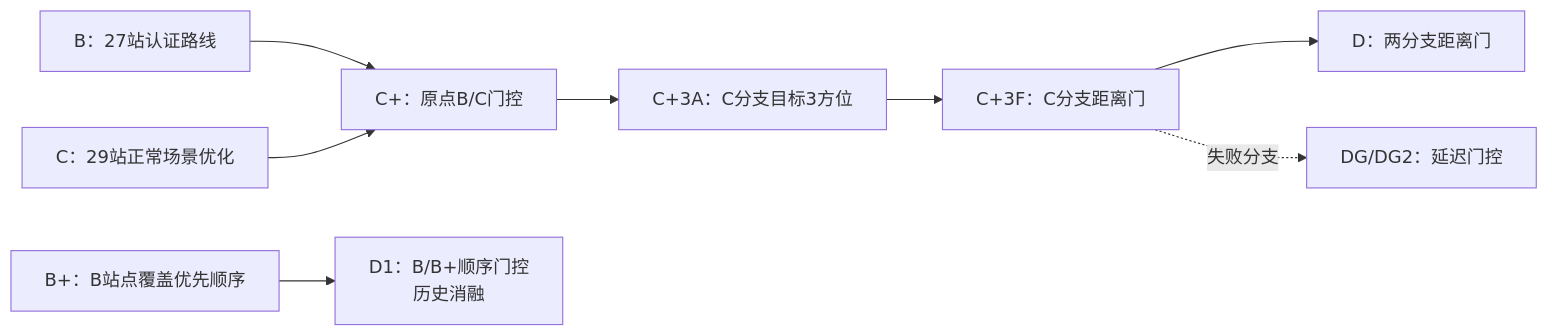
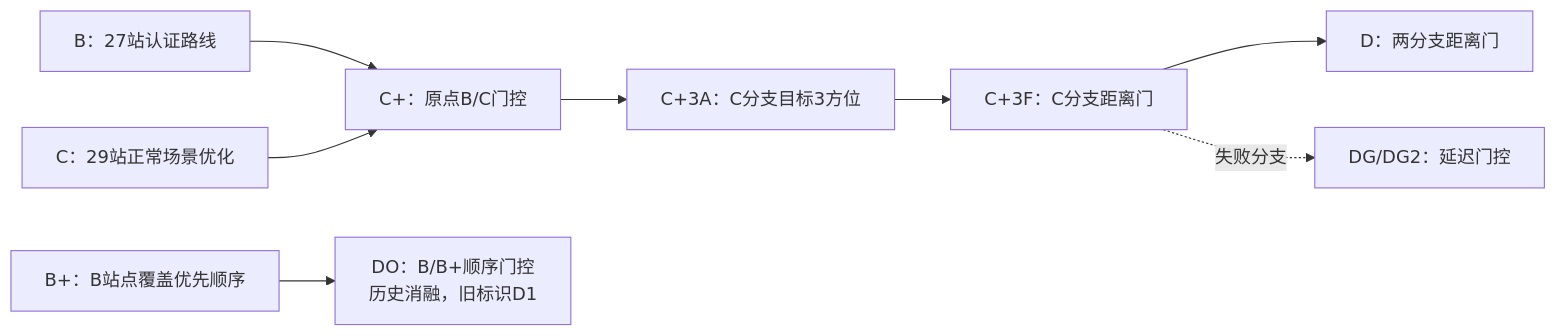
Before and after one commit to RexLi-kitt/math_build_contest: the diagram in docs/q4/Q4模型架构与演进_B到D.md, drawn with Mermaid. The commit also changed other lines of this file and 6 other files, not shown here.

````diff
--- a/docs/q4/Q4模型架构与演进_B到D.md
+++ b/docs/q4/Q4模型架构与演进_B到D.md
@@ -21,10 +21,10 @@
 ```mermaid
 flowchart LR
     B[B：27站认证路线] --> CP[C+：原点B/C门控]
-    BP[B+：B站点覆盖优先顺序] --> D1[D1：B/B+顺序门控<br/>历史消融]
+    BP[B+：B站点覆盖优先顺序] --> DO[DO：B/B+顺序门控<br/>历史消融，旧标识D1]
     C[C：29站正常场景优化] --> CP
     CP --> A3[C+3A：C分支目标3方位]
     A3 --> F3[C+3F：C分支距离门]
     F3 --> D[D：两分支距离门]
     F3 -.失败分支.-> DG[DG/DG2：延迟门控]
 ```
````
